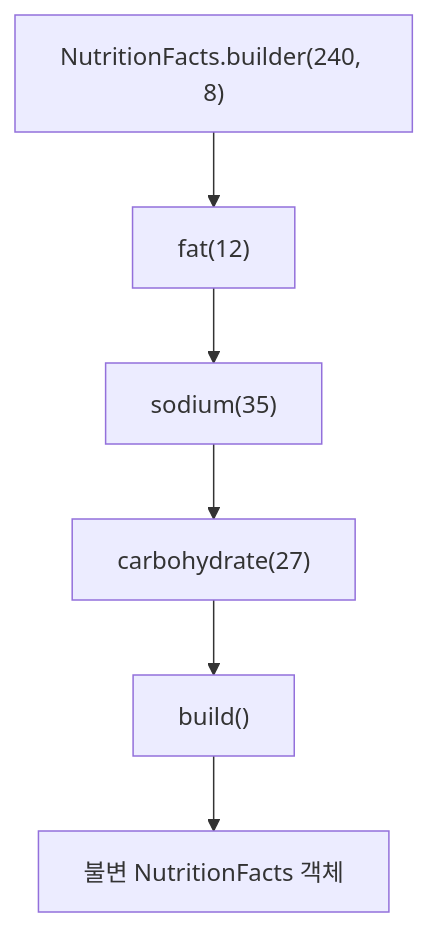
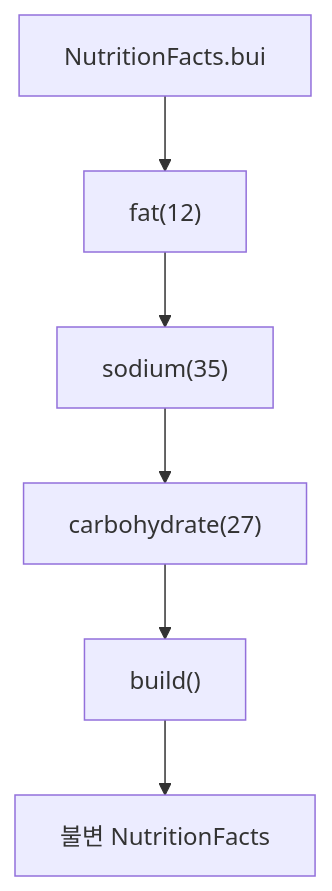
The second of 5 diagrams in _posts/effective_java/2026-05-03-effective-java-object-creation.md (yjkim2015/yjkim2015.github.io), drawn with Mermaid before and after one commit. The commit also changed other lines of this file and 271 other files, not shown here.

First line of the commit message:
Mermaid 라벨 축소: 긴 노드 텍스트 18자 이하로 트림 + \n 제거

````diff
--- a/_posts/effective_java/2026-05-03-effective-java-object-creation.md
+++ b/_posts/effective_java/2026-05-03-effective-java-object-creation.md
@@ -82,8 +82,8 @@
 ```mermaid
 flowchart TD
-    A["NutritionFacts.builder(240, 8)"] --> B["fat(12)"]
+    A["NutritionFacts.bui"] --> B["fat(12)"]
     B --> C["sodium(35)"]
     C --> D["carbohydrate(27)"]
     D --> E["build()"]
-    E --> F["불변 NutritionFacts 객체"]
+    E --> F["불변 NutritionFacts"]
 ```
````
